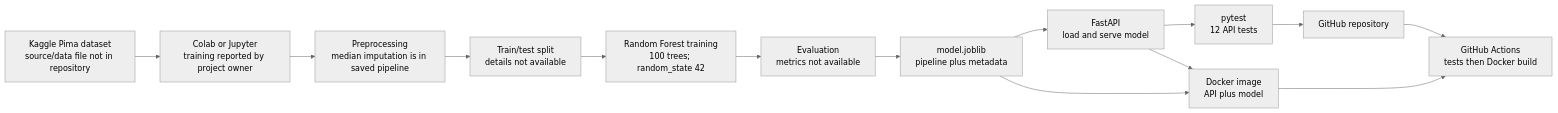
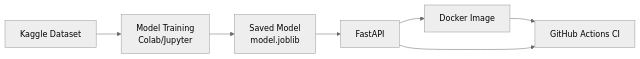
One commit to ayushs1901/diabetes-mlops-pipeline changed the diagram in README.md. Above: the diagram before and after it, drawn with Mermaid (neutral theme). The commit also changed other lines of this file, not shown here.

Commit message:
docs: improve project README

````diff
--- a/README.md
+++ b/README.md
@@ -69,22 +28,9 @@
 ```mermaid
 flowchart LR
-    A[Kaggle Pima dataset<br/>source/data file not in repository]
-    B[Colab or Jupyter<br/>training reported by project owner]
-    C[Preprocessing<br/>median imputation is in saved pipeline]
-    D[Train/test split<br/>details not available]
-    E[Random Forest training<br/>100 trees; random_state 42]
-    F[Evaluation<br/>metrics not available]
-    G[model.joblib<br/>pipeline plus metadata]
-    H[FastAPI<br/>load and serve model]
-    I[pytest<br/>12 API tests]
-    J[Docker image<br/>API plus model]
-    K[GitHub repository]
-    L[GitHub Actions<br/>tests then Docker build]
-
-    A --> B --> C --> D --> E --> F --> G --> H
-    H --> I
-    H --> J
-    G --> J
-    I --> K --> L
-    J --> L
+    A[Kaggle Dataset] --> B[Model Training<br/>Colab/Jupyter]
+    B --> C[Saved Model<br/>model.joblib]
+    C --> D[FastAPI]
+    D --> E[Docker Image]
+    E --> F[GitHub Actions CI]
+    D --> F
 ```
````
